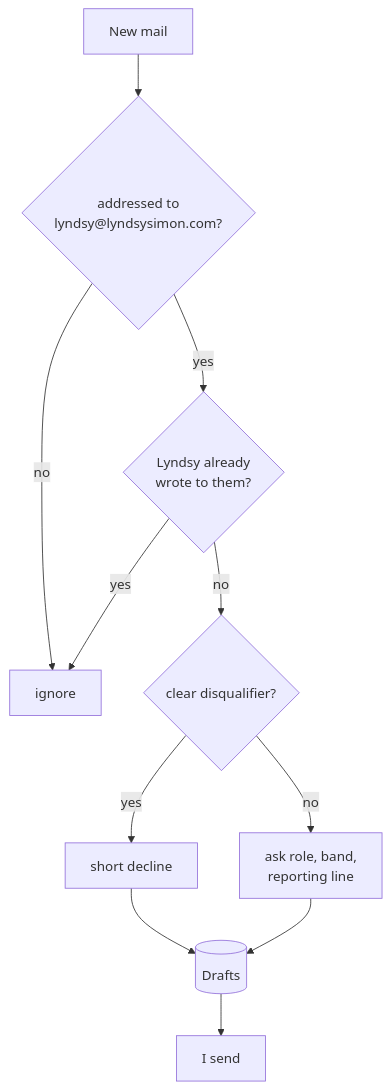
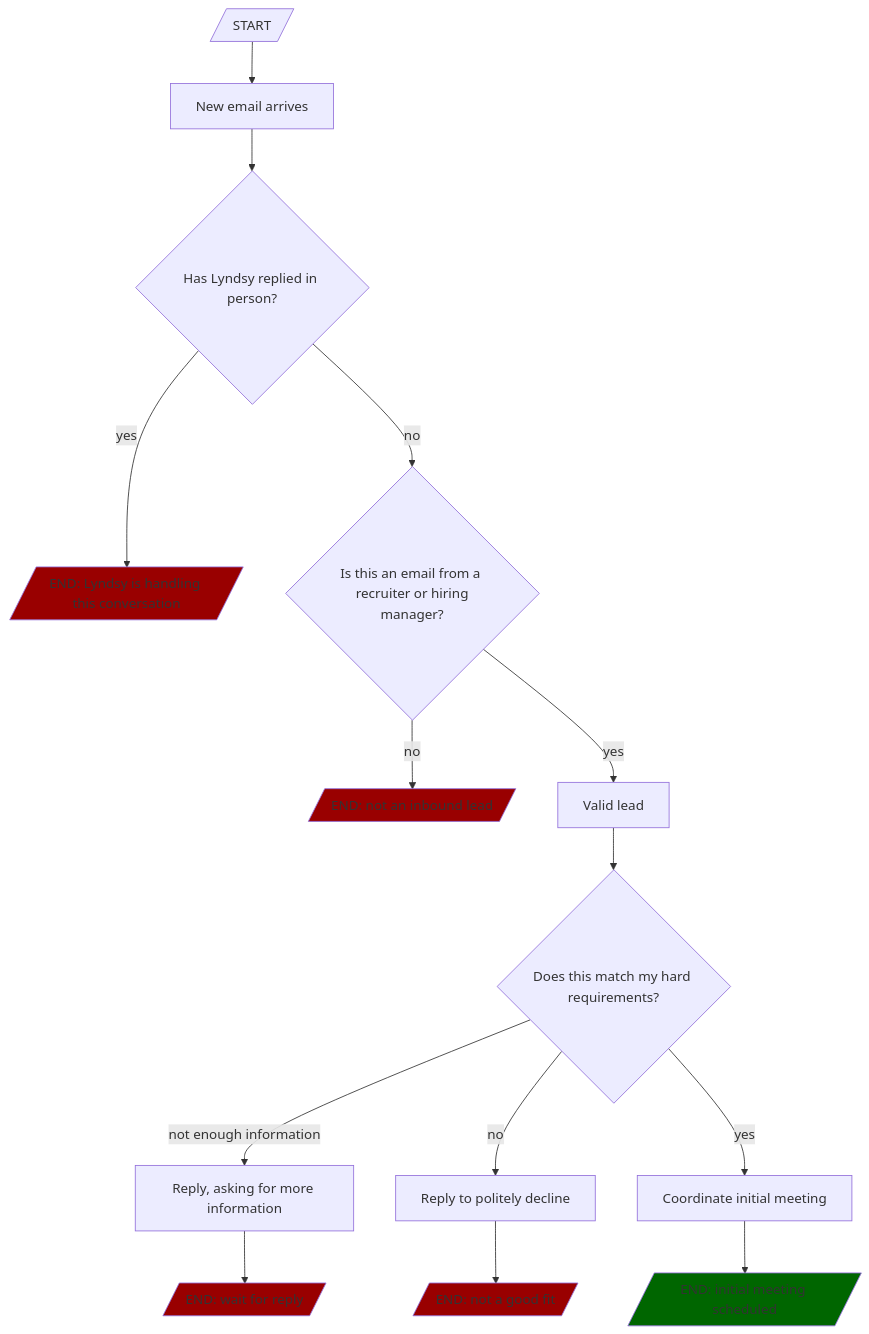
The diagram in src/posts/job_search_week_1.md (lyndsysimon/.com), drawn with Mermaid before and after one commit. The commit also changed other lines of this file, not shown here.

````diff
--- a/src/posts/job_search_week_1.md
+++ b/src/posts/job_search_week_1.md
@@ -50,13 +62,28 @@
 ```mermaid
 flowchart TD
-  M[New mail] --> A{"addressed to<br/>lyndsy@lyndsysimon.com?"}
-  A -- no --> X[ignore]
-  A -- yes --> B{"Lyndsy already<br/>wrote to them?"}
-  B -- yes --> X
-  B -- no --> C{"clear disqualifier?"}
-  C -- yes --> D["short decline"]
-  C -- no --> E["ask role, band,<br/>reporting line"]
-  D --> F[(Drafts)]
-  E --> F
-  F --> G[I send]
+classDef endClass fill:#900
+classDef goodEnd fill:#060
+
+start[/START/]
+  --> new_email[New email arrives]
+  --> is_manual{"Has Lyndsy replied in person?"}
+
+is_manual
+  -- yes --> stop1[/"END: Lyndsy is handling this conversation"/]:::endClass
+is_manual -- no --> is_lead{"Is this an email from a recruiter or hiring
+manager?"}
+
+is_lead -- no --> stop2[/"END: not an inbound lead"/]:::endClass
+is_lead -- yes --> lead[Valid lead]
+  --> is_qualified{"Does this match my hard requirements?"}
+
+is_qualified
+  -- not enough information --> clarify[Reply, asking for more information]
+  --> stop3[/END: wait for reply/]:::endClass
+is_qualified
+  -- no --> decline["Reply to politely decline"]
+  --> stop4[/END: not a good fit/]:::endClass
+is_qualified
+  -- yes --> set_up_meeting[Coordinate initial meeting]
+  --> stop5[/END: initial meeting scheduled/]:::goodEnd
 ```
````
